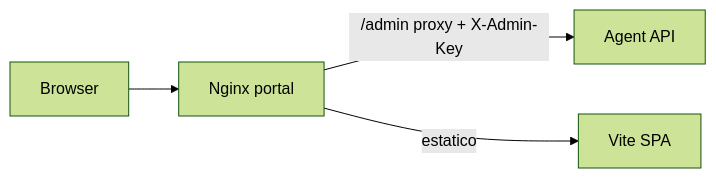
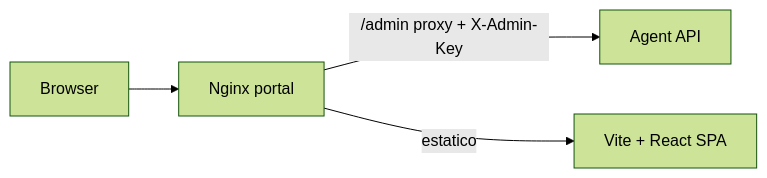
One commit to julioccamargo/madeplant-agent-portal changed the diagram in docs/ARCHITECTURE.md. Above: the diagram before and after it, drawn with Mermaid (forest theme). The commit also changed 21 other files, not shown here.

````diff
--- a/docs/ARCHITECTURE.md
+++ b/docs/ARCHITECTURE.md
@@ -7,6 +7,6 @@
 ```mermaid
 flowchart LR
   Browser --> Nginx[Nginx portal]
   Nginx -->|/admin proxy + X-Admin-Key| API[Agent API]
-  Nginx -->|estatico| SPA[Vite SPA]
+  Nginx -->|estatico| SPA[Vite + React SPA]
 ```
````
